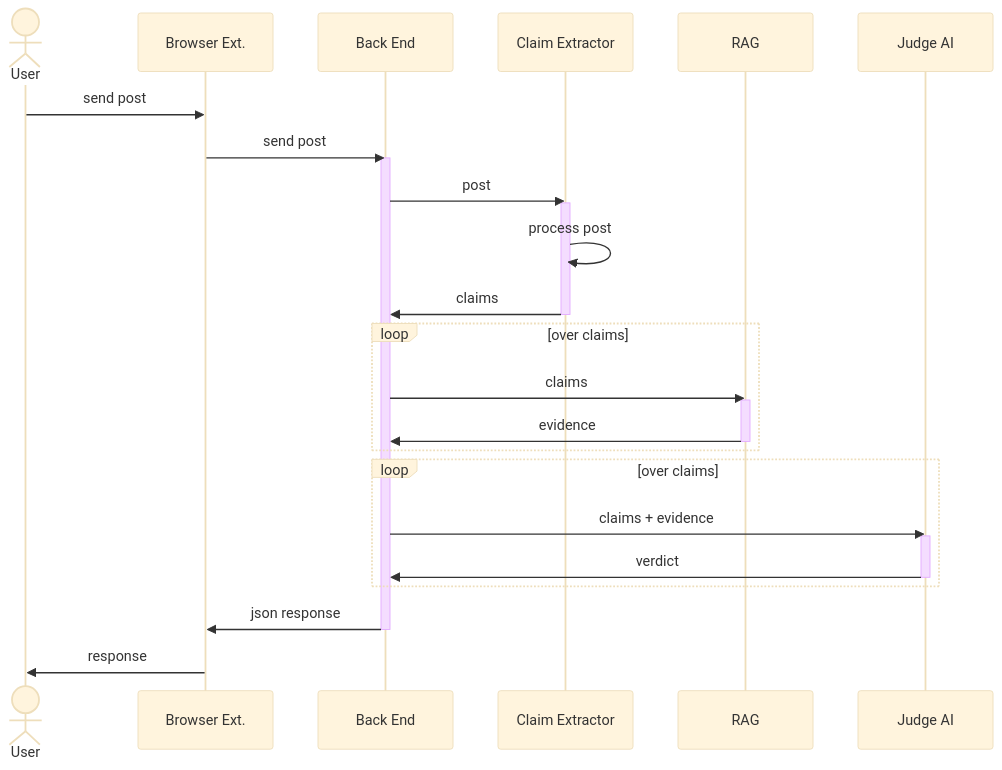
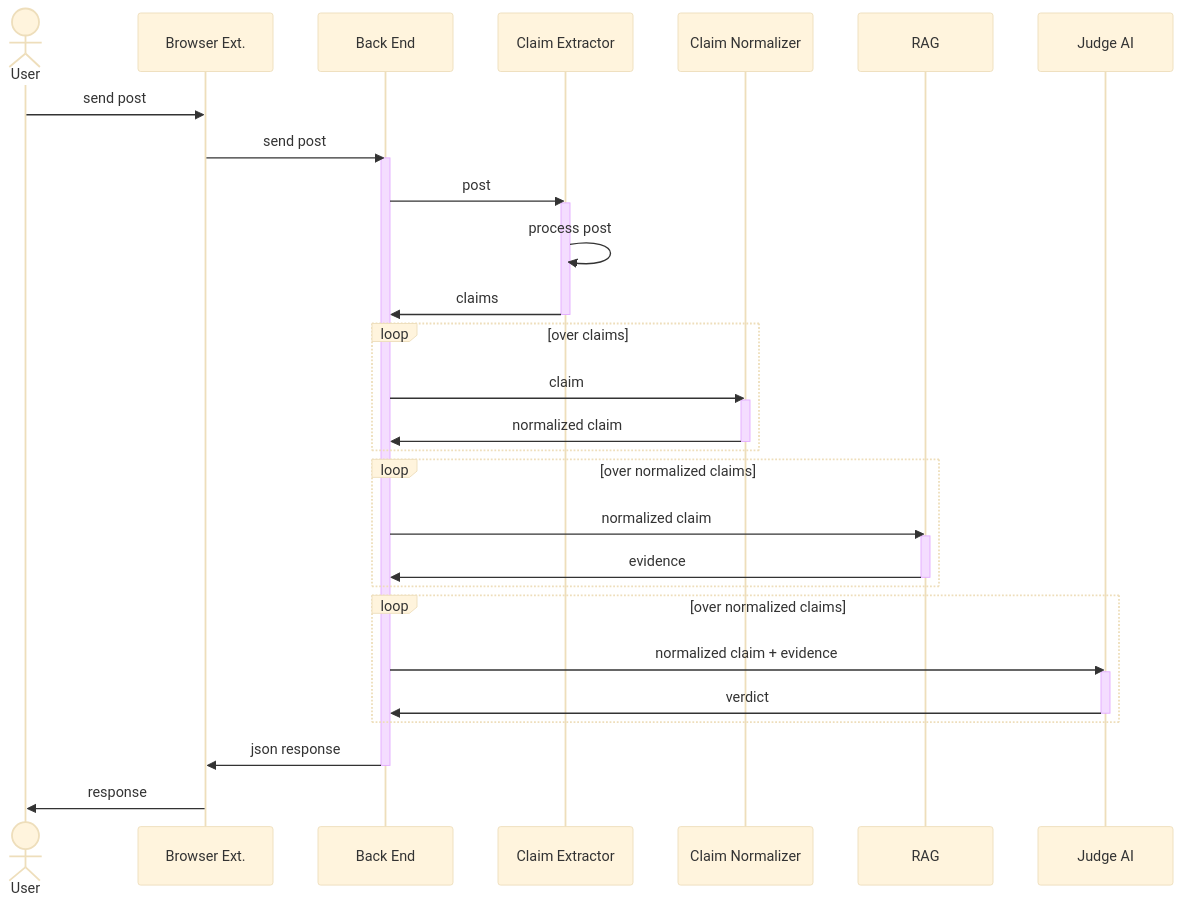
The diagram in README.md (ks982579/iu-autonomous-fact-checker), drawn with Mermaid (base theme) before and after one commit. The commit also changed other lines of this file, not shown here.

Commit message:
Update to the top level sequence diagram

````diff
--- a/README.md
+++ b/README.md
@@ -105,33 +107,40 @@
 ```mermaid
 sequenceDiagram
         actor user as User
         participant be as Browser Ext.
         participant back as Back End
         participant ce as Claim Extractor
+        participant cn as Claim Normalizer
         participant rag as RAG
         participant judge as Judge AI
 
         user->>be: send post
         be->>back: send post
         activate back
         back->>ce: post
         activate ce
         ce->>ce: process post
         ce->>back: claims
         deactivate ce
         loop over claims
-            back->>rag: claims
+            back->>cn: claim
+            activate cn
+            cn->>back: normalized claim
+            deactivate cn
+        end
+        loop over normalized claims
+            back->>rag: normalized claim
             activate rag
             rag->>back: evidence
             deactivate rag
         end
-        loop over claims
-            back->>judge: claims + evidence
+        loop over normalized claims
+            back->>judge: normalized claim + evidence
             activate judge
             judge->>back: verdict
             deactivate judge
         end
         back->>be: json response
         deactivate back
         be->>user: response
 ```
````
